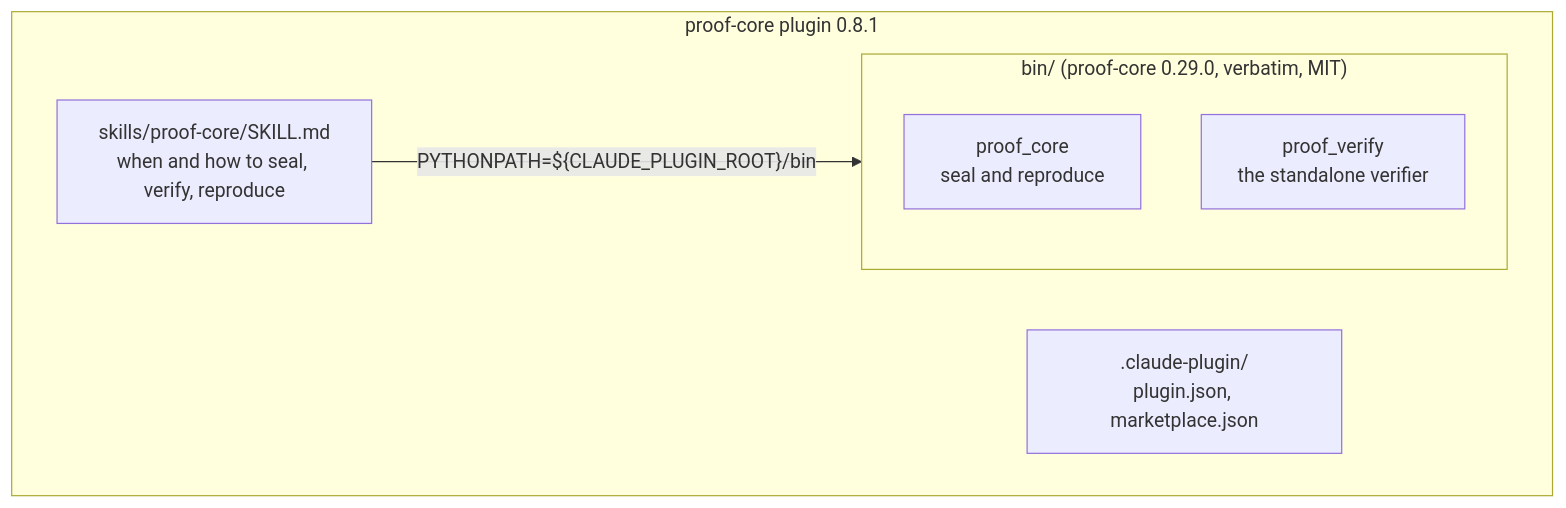
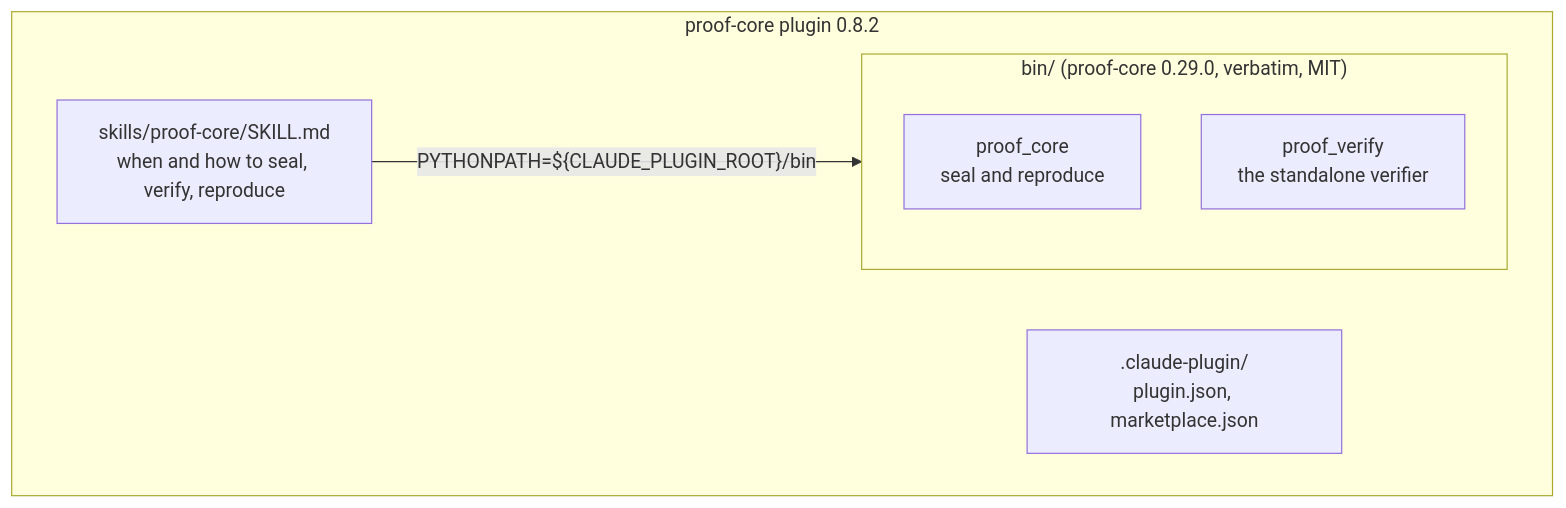
Before and after one commit to SMRFORGE/proof-core: the second of 3 diagrams in README.md, drawn with Mermaid. The commit also changed other lines of this file and 3 other files, not shown here.

````diff
--- a/README.md
+++ b/README.md
@@ -90,12 +90,12 @@
 ```mermaid
 flowchart TB
-    subgraph plugin["proof-core plugin 0.8.1"]
+    subgraph plugin["proof-core plugin 0.8.2"]
         MAN[".claude-plugin/<br/>plugin.json, marketplace.json"]
         SKILL["skills/proof-core/SKILL.md<br/>when and how to seal, verify, reproduce"]
         subgraph bin["bin/ (proof-core 0.29.0, verbatim, MIT)"]
             PC["proof_core<br/>seal and reproduce"]
             PV["proof_verify<br/>the standalone verifier"]
         end
     end
     SKILL -->|"PYTHONPATH=${CLAUDE_PLUGIN_ROOT}/bin"| bin
 ```
````
